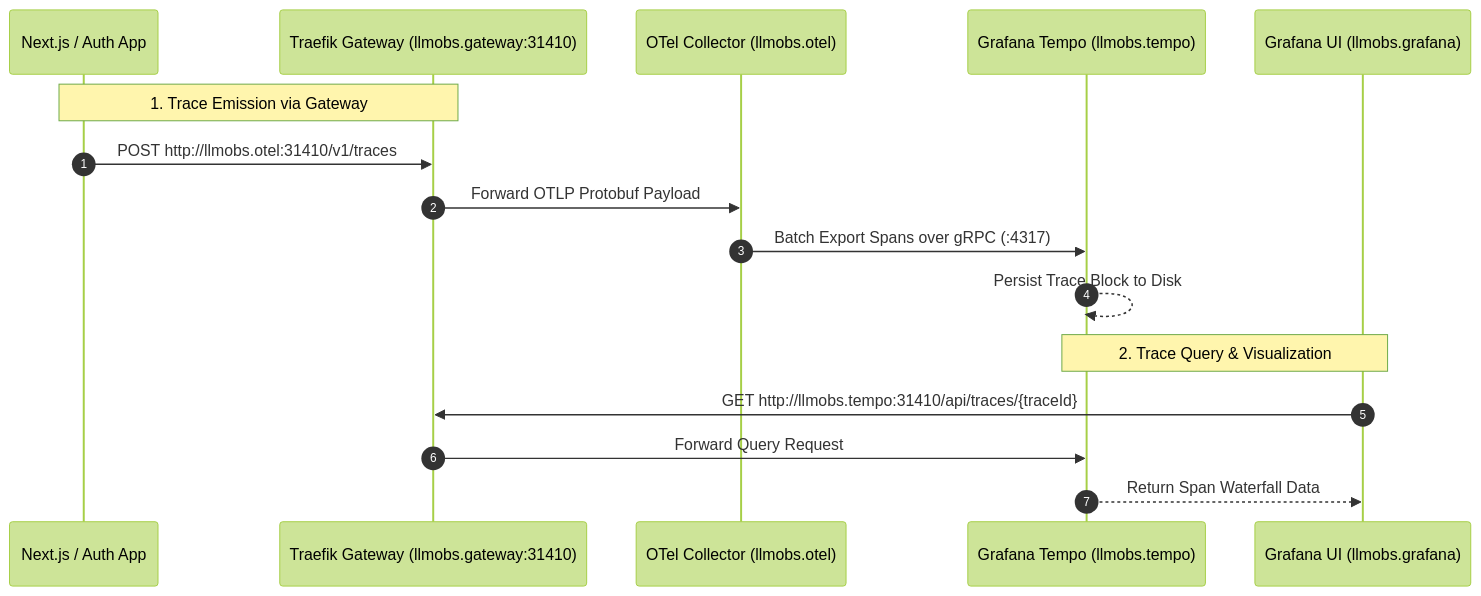
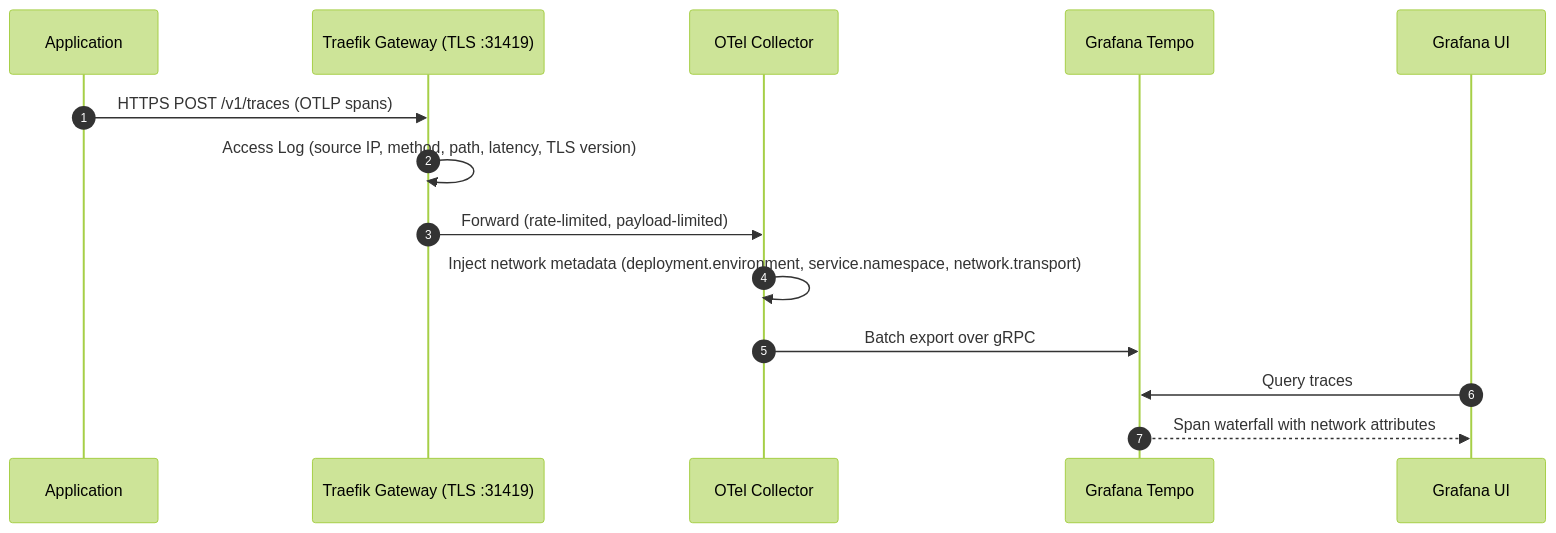
The second of 2 diagrams in packages/node/frontend-deployment/README.md (Chief-Strategist-J/llm-observability-platform), drawn with Mermaid (forest theme) before and after one commit. The commit also changed other lines of this file and 13 other files, not shown here.

Commit message:
feat(security): add TLS cert generation, request security (rate limit/payload size), setup.sh, REQUIREMENTS.md, and integration tests

````diff
--- a/packages/node/frontend-deployment/README.md
+++ b/packages/node/frontend-deployment/README.md
@@ -72,20 +96,17 @@
 ```mermaid
 sequenceDiagram
     autonumber
-    participant App as Next.js / Auth App
-    participant Gateway as Traefik Gateway (llmobs.gateway:31410)
-    participant OTel as OTel Collector (llmobs.otel)
-    participant Tempo as Grafana Tempo (llmobs.tempo)
-    participant Grafana as Grafana UI (llmobs.grafana)
+    participant App as Application
+    participant Gateway as Traefik Gateway (TLS :31419)
+    participant OTel as OTel Collector
+    participant Tempo as Grafana Tempo
+    participant Grafana as Grafana UI
 
-    Note over App, Gateway: 1. Trace Emission via Gateway
-    App->>Gateway: POST http://llmobs.otel:31410/v1/traces
-    Gateway->>OTel: Forward OTLP Protobuf Payload
-    OTel->>Tempo: Batch Export Spans over gRPC (:4317)
-    Tempo-->>Tempo: Persist Trace Block to Disk
-
-    Note over Grafana, Tempo: 2. Trace Query & Visualization
-    Grafana->>Gateway: GET http://llmobs.tempo:31410/api/traces/{traceId}
-    Gateway->>Tempo: Forward Query Request
-    Tempo-->>Grafana: Return Span Waterfall Data
+    App->>Gateway: HTTPS POST /v1/traces (OTLP spans)
+    Gateway->>Gateway: Access Log (source IP, method, path, latency, TLS version)
+    Gateway->>OTel: Forward (rate-limited, payload-limited)
+    OTel->>OTel: Inject network metadata (deployment.environment, service.namespace, network.transport)
+    OTel->>Tempo: Batch export over gRPC
+    Grafana->>Tempo: Query traces
+    Tempo-->>Grafana: Span waterfall with network attributes
 ```
````
